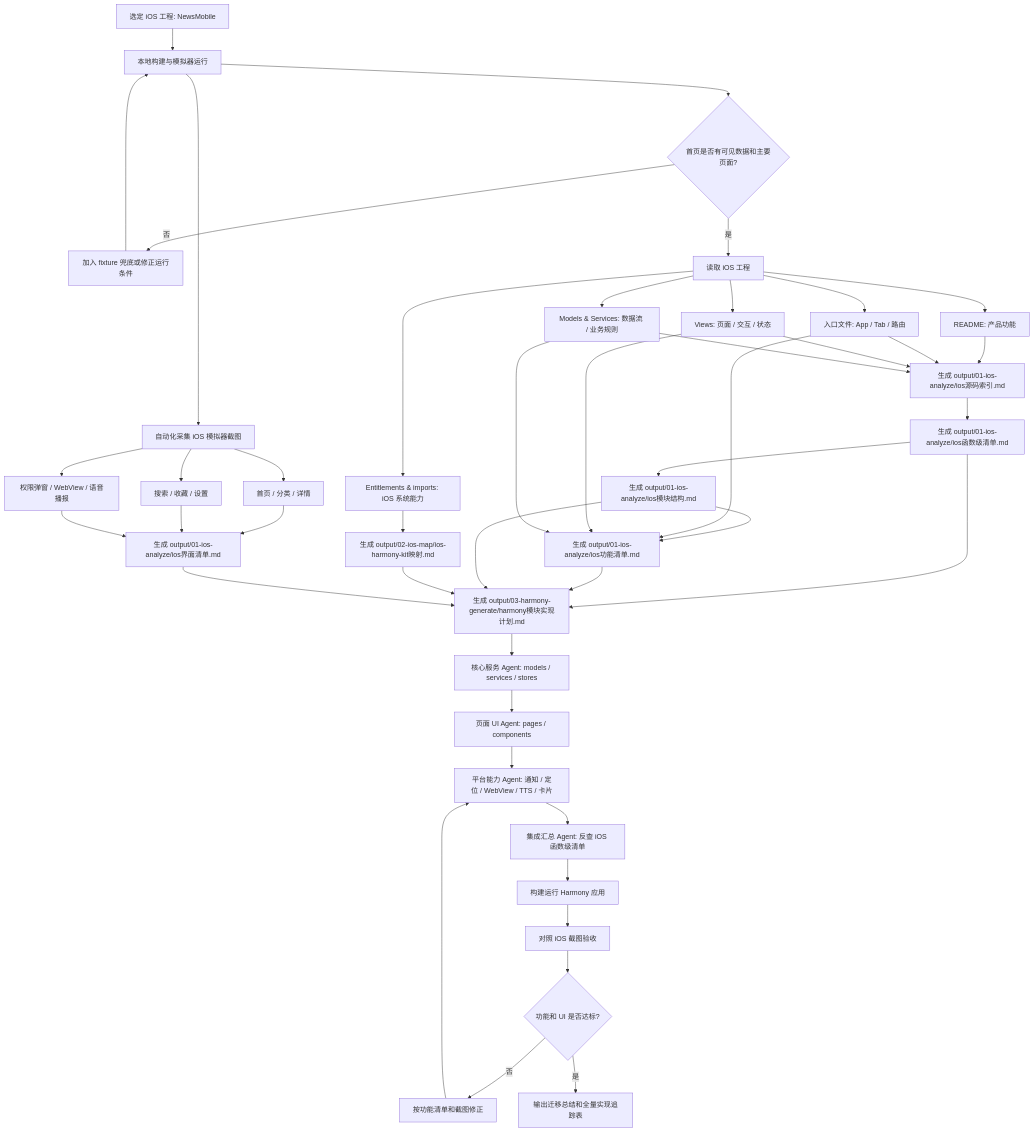
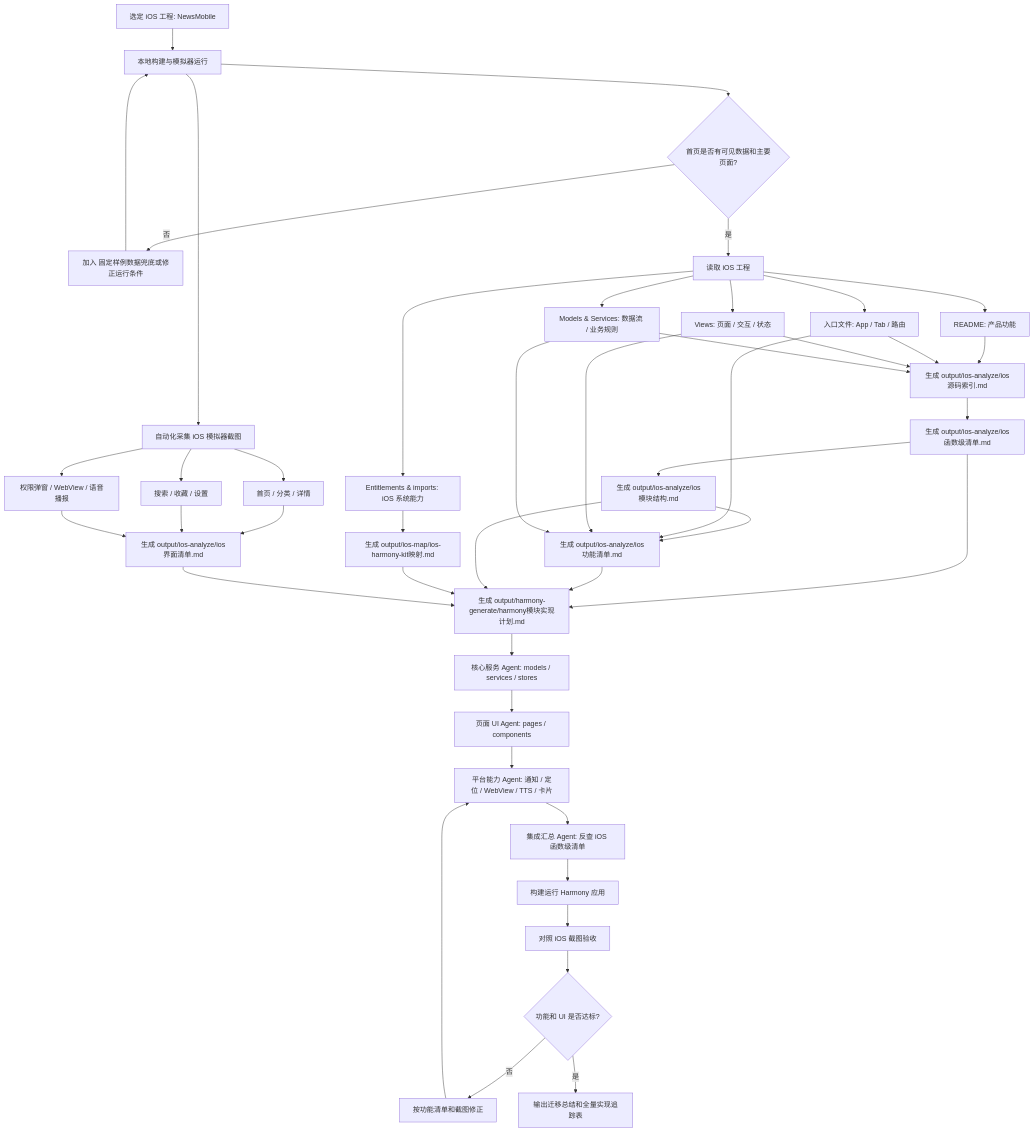
The first of 2 diagrams in 方案/方案.md (ilubuntu/appconvert), drawn with Mermaid before and after one commit. The commit also changed other lines of this file and 86 other files, not shown here.

````diff
--- a/方案/方案.md
+++ b/方案/方案.md
@@ -47,55 +47,55 @@
 ```mermaid
 flowchart TD
     A[选定 iOS 工程: NewsMobile] --> B[本地构建与模拟器运行]
     B --> C{首页是否有可见数据和主要页面?}
 
-    C -- 否 --> C1[加入 fixture 兜底或修正运行条件]
+    C -- 否 --> C1[加入 固定样例数据兜底或修正运行条件]
     C1 --> B
 
     C -- 是 --> D[读取 iOS 工程]
     D --> D1[README: 产品功能]
     D --> D2[入口文件: App / Tab / 路由]
     D --> D3[Views: 页面 / 交互 / 状态]
     D --> D4[Models & Services: 数据流 / 业务规则]
     D --> D5[Entitlements & imports: iOS 系统能力]
 
-    D1 --> ES[生成 output/01-ios-analyze/ios源码索引.md]
+    D1 --> ES[生成 output/ios-analyze/ios源码索引.md]
     D2 --> ES
     D3 --> ES
     D4 --> ES
-    ES --> EF[生成 output/01-ios-analyze/ios函数级清单.md]
-    EF --> E0[生成 output/01-ios-analyze/ios模块结构.md]
-    E0 --> E[生成 output/01-ios-analyze/ios功能清单.md]
+    ES --> EF[生成 output/ios-analyze/ios函数级清单.md]
+    EF --> E0[生成 output/ios-analyze/ios模块结构.md]
+    E0 --> E[生成 output/ios-analyze/ios功能清单.md]
     D2 --> E
     D3 --> E
     D4 --> E
-    D5 --> F[生成 output/02-ios-map/ios-harmony-kit映射.md]
+    D5 --> F[生成 output/ios-map/ios-harmony-kit映射.md]
 
     B --> G[自动化采集 iOS 模拟器截图]
     G --> G1[首页 / 分类 / 详情]
     G --> G2[搜索 / 收藏 / 设置]
     G --> G3[权限弹窗 / WebView / 语音播报]
-    G1 --> H[生成 output/01-ios-analyze/ios界面清单.md]
+    G1 --> H[生成 output/ios-analyze/ios界面清单.md]
     G2 --> H
     G3 --> H
 
-    EF --> I[生成 output/03-harmony-generate/harmony模块实现计划.md]
+    EF --> I[生成 output/harmony-generate/harmony模块实现计划.md]
     E --> I
     E0 --> I
     F --> I
     H --> I
 
     I --> J[核心服务 Agent: models / services / stores]
     J --> K[页面 UI Agent: pages / components]
     K --> L[平台能力 Agent: 通知 / 定位 / WebView / TTS / 卡片]
     L --> M[集成汇总 Agent: 反查 iOS 函数级清单]
     M --> N[构建运行 Harmony 应用]
 
     N --> O[对照 iOS 截图验收]
     O --> P{功能和 UI 是否达标?}
 
     P -- 否 --> Q[按功能清单和截图修正]
     Q --> L
 
     P -- 是 --> R[输出迁移总结和全量实现追踪表]
 ```
````
